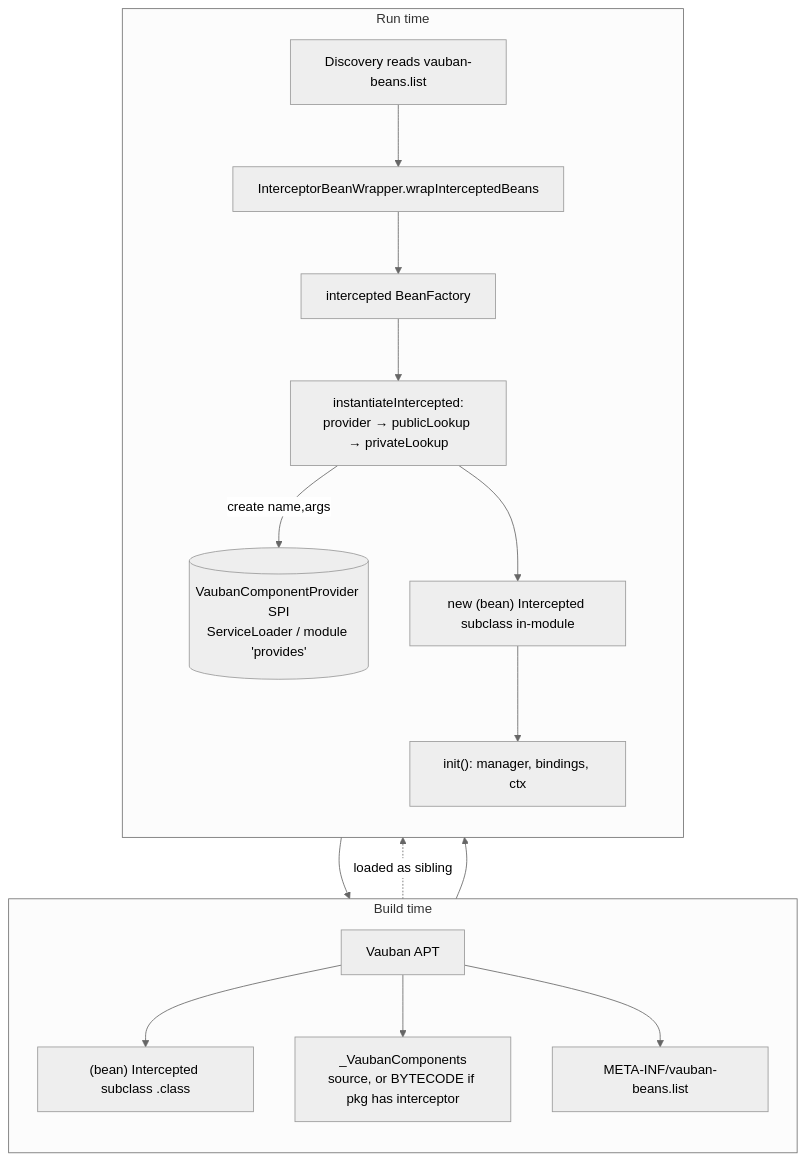
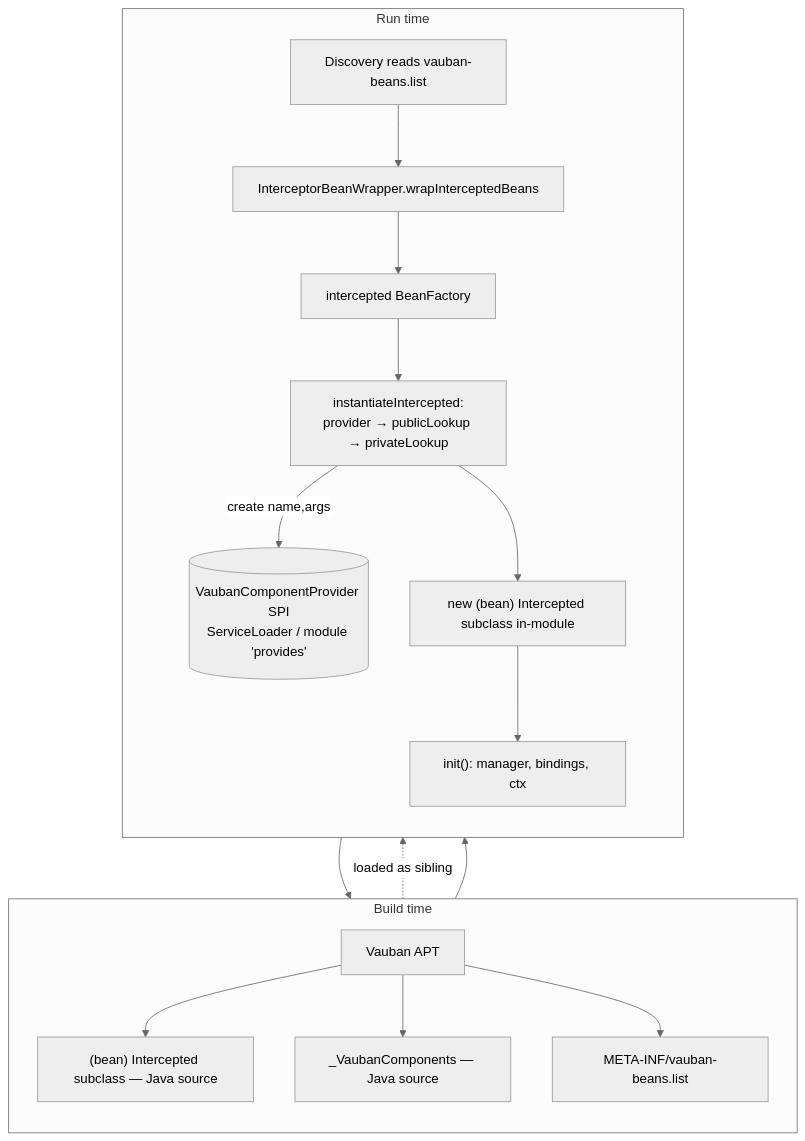
One commit to vidocq-stack/vauban changed the fourth of 4 diagrams in INTERCEPTORS.md. Above: the diagram before and after it, drawn with Mermaid (neutral theme). The commit also changed other lines of this file and 4 other files, not shown here.

````diff
--- a/INTERCEPTORS.md
+++ b/INTERCEPTORS.md
@@ -218,22 +227,22 @@
 ```mermaid
 flowchart TB
     subgraph BuildTime["Build time"]
       direction TB
-      APT[Vauban APT] --> A1["(bean) Intercepted subclass .class"]
-      APT --> A2["_VaubanComponents<br/>source, or BYTECODE if pkg has interceptor"]
+      APT[Vauban APT] --> A1["(bean) Intercepted subclass — Java source"]
+      APT --> A2["_VaubanComponents — Java source"]
       APT --> A3[META-INF/vauban-beans.list]
     end
     subgraph RunTime["Run time"]
       direction TB
       D[Discovery reads vauban-beans.list] --> W[InterceptorBeanWrapper.wrapInterceptedBeans]
       W --> F[intercepted BeanFactory]
       F --> I[instantiateIntercepted:<br/>provider → publicLookup → privateLookup]
       SPI[(VaubanComponentProvider SPI<br/>ServiceLoader / module 'provides')]
       I -->|create name,args| SPI
       SPI --> A2
       I --> N["new (bean) Intercepted subclass in-module"]
       N --> INIT["init(): manager, bindings, ctx"]
     end
     A1 -. loaded as sibling .-> N
     A3 --> D
 ```
````
